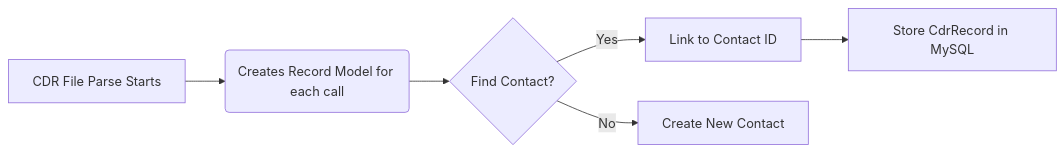
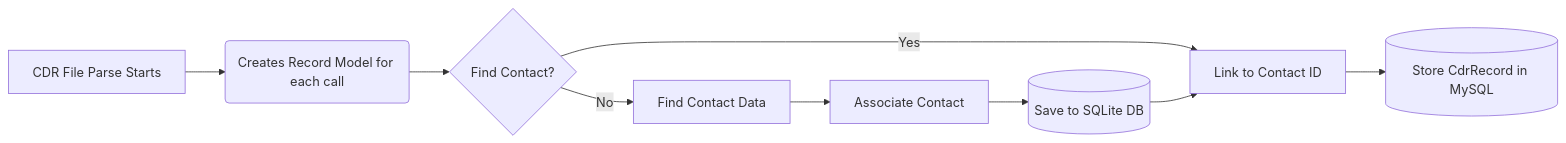
Before and after one commit to greg0rys/PhoneLog: the second of 2 diagrams in README.md, drawn with Mermaid. The commit also changed other lines of this file, not shown here.

````diff
--- a/README.md
+++ b/README.md
@@ -36,8 +35,17 @@
 ```mermaid
 graph LR
     A[CDR File Parse Starts] --> B(Creates Record Model for each call)
     B --> C{Find Contact?}
+    
+    %% The "Yes" path
     C -->|Yes| D[Link to Contact ID]
-    C -->|No| E[Create New Contact]
-    D --> F[Store CdrRecord in MySQL]
+    
+    %% The "No" path you wanted added
+    C -->|No| E[Find Contact Data]
+    E --> F[Associate Contact]
+    F --> G[(Save to SQLite DB)]
+    G --> D
+    
+    %% Final step
+    D --> H[(Store CdrRecord in MySQL)]
 ```
````
